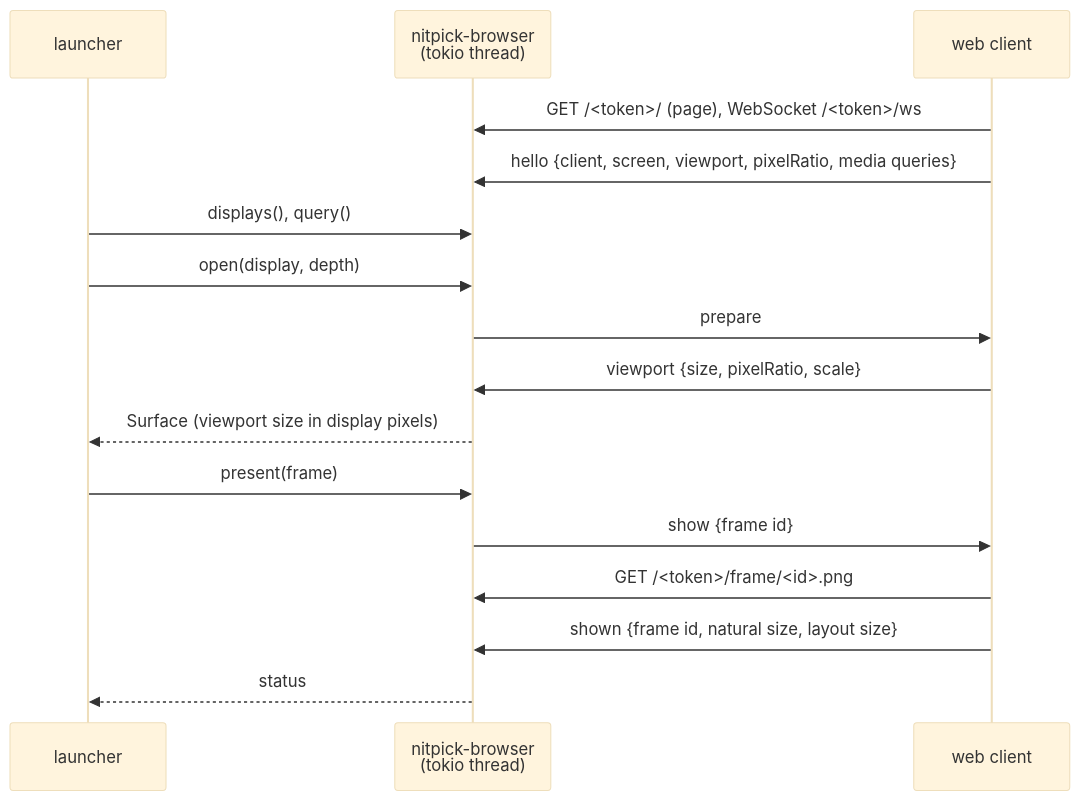
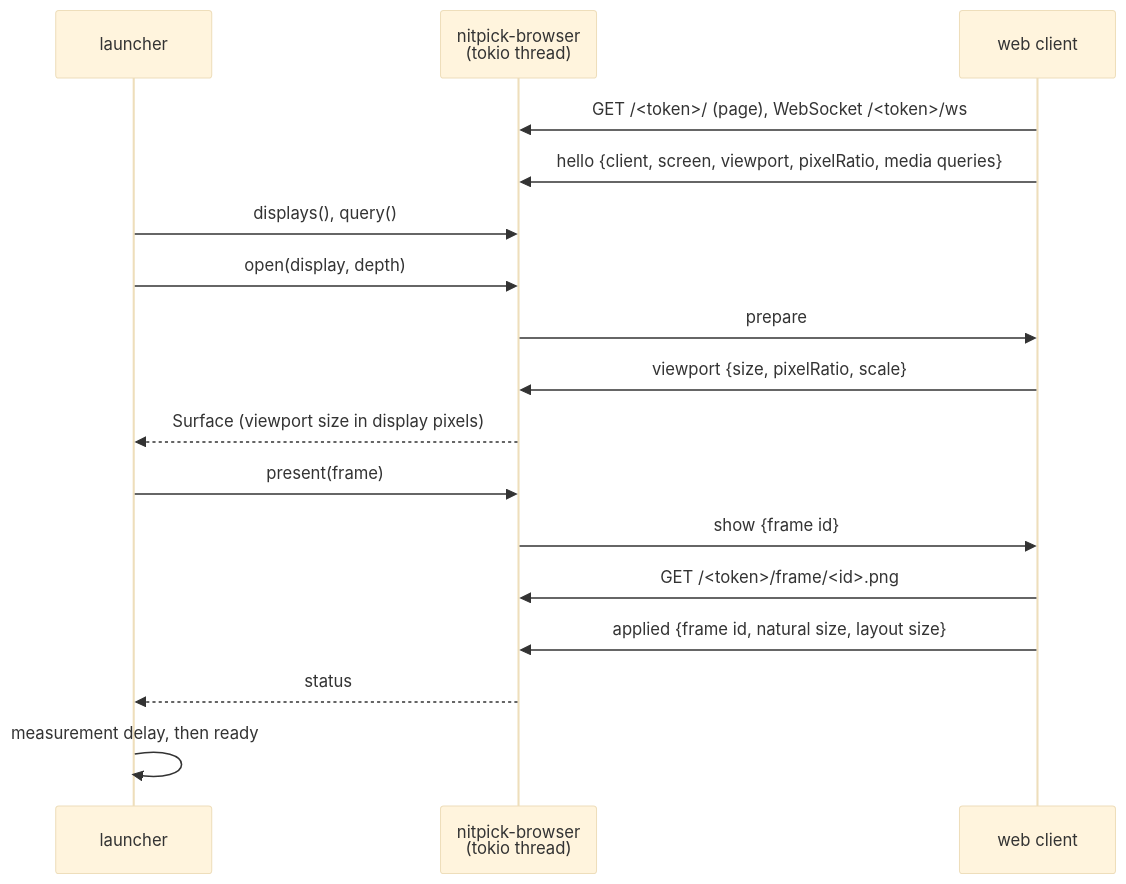
Before and after one commit to Jamesits/nitpick: the diagram in doc/design/output_driver/browser.md, drawn with Mermaid (base theme). The commit also changed other lines of this file and 5 other files, not shown here.

````diff
--- a/doc/design/output_driver/browser.md
+++ b/doc/design/output_driver/browser.md
@@ -16,18 +16,19 @@
 ```mermaid
 sequenceDiagram
     participant L as launcher
     participant S as nitpick-browser<br/>(tokio thread)
     participant C as web client
     C->>S: GET /<token>/ (page), WebSocket /<token>/ws
     C->>S: hello {client, screen, viewport, pixelRatio, media queries}
     L->>S: displays(), query()
     L->>S: open(display, depth)
     S->>C: prepare
     C->>S: viewport {size, pixelRatio, scale}
     S-->>L: Surface (viewport size in display pixels)
     L->>S: present(frame)
     S->>C: show {frame id}
     C->>S: GET /<token>/frame/<id>.png
-    C->>S: shown {frame id, natural size, layout size}
+    C->>S: applied {frame id, natural size, layout size}
     S-->>L: status
+    L->>L: measurement delay, then ready
 ```
````
